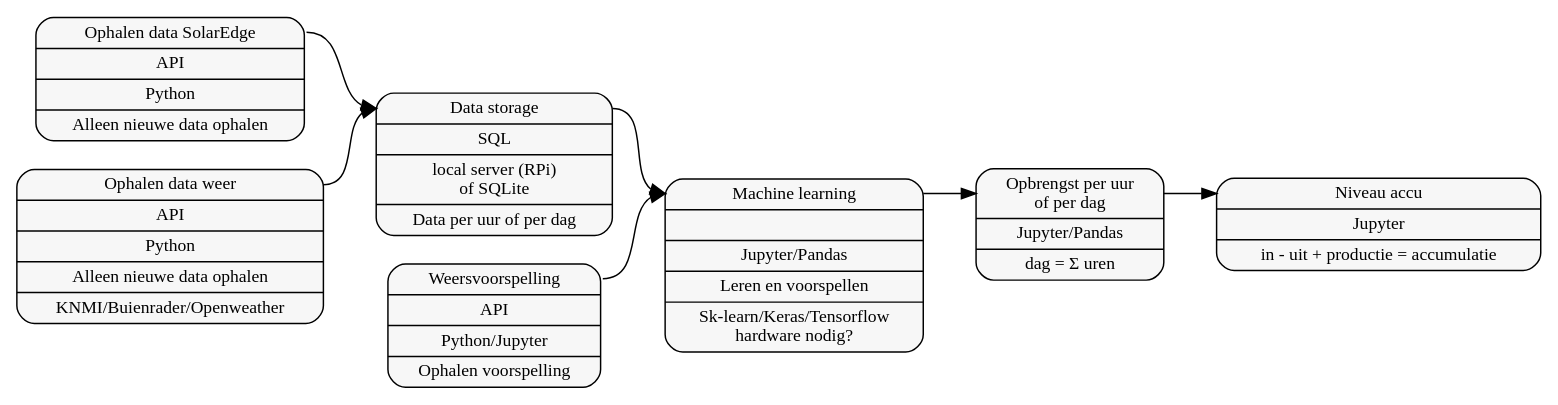
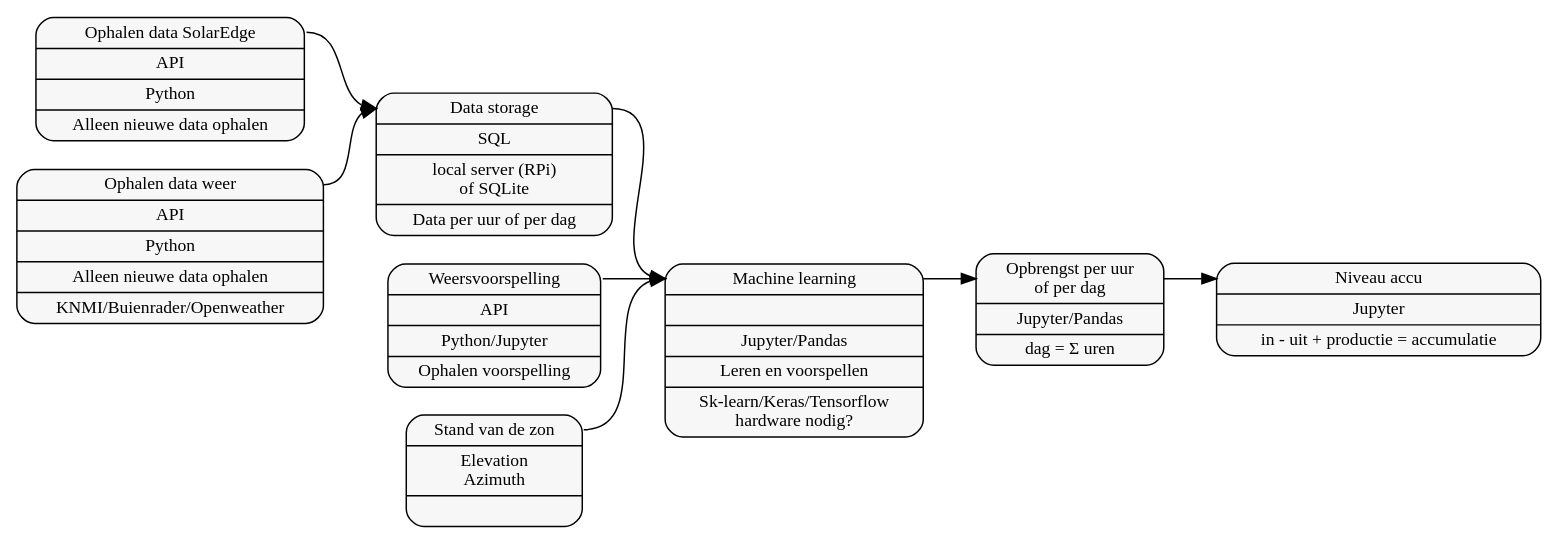
One commit to bosgnoom/data-engineer-eindopdracht changed the diagram in diagram.dot. Above: the diagram before and after it, drawn with Graphviz. The commit also changed 2 other files, not shown here.

Commit message:
Updated diagram (include sun)

```diff
--- a/diagram.dot
+++ b/diagram.dot
@@ -1,57 +1,63 @@
 digraph g {
     graph [
         rankdir = "LR"
     ];
     
     node [
         fontsize = "12"
         style="rounded,filled"
         fillcolor="#F7F7F7"
     ];
     
     edge [
     ];
     
     "node0" [
         label = "<f0> Ophalen data SolarEdge | API | Python | Alleen nieuwe data ophalen "
         shape = "record"
     ];
     
     "node1" [
         label = "<f0> Ophalen data weer | API | Python | Alleen nieuwe data ophalen | KNMI/Buienrader/Openweather"
         shape = "record"
     ];
     
     "node2" [
         label = "<f0> Data storage | SQL | local server (RPi)\nof SQLite | Data per uur of per dag"
         shape = "record"
     ];
     
     "node_weer" [
         label = "<f0> Weersvoorspelling | API | Python/Jupyter | Ophalen voorspelling "
         shape = "record"
     ];
     
     "node_ML" [
         label = "<f0> Machine learning |  | Jupyter/Pandas | Leren en voorspellen | Sk-learn/Keras/Tensorflow\nhardware nodig?"
         shape = "record"
     ];
     
     "node_opbrengst" [
         label = "<f0> Opbrengst per uur\nof per dag | Jupyter/Pandas | dag = &Sigma; uren "
         shape = "record"
     ];
     
     "node_accu" [
         label = "<f0> Niveau accu | Jupyter | in - uit + productie = accumulatie "
         shape = "record"
     ];
+
+    "node_zon" [
+        label = "<f0> Stand van de zon | Elevation\nAzimuth | "
+        shape = "record"
+    ]
     
     "node_weer":f0 -> "node_ML":f0
     "node0":f0 -> "node2":f0
     "node1":f0 -> "node2":f0
     "node2":f0 -> "node_ML":f0
     "node_ML":f0 -> "node_opbrengst":f0
     "node_opbrengst":f0 -> "node_accu":f0
+    "node_zon":f0 -> "node_ML":f0
     
 }
```
